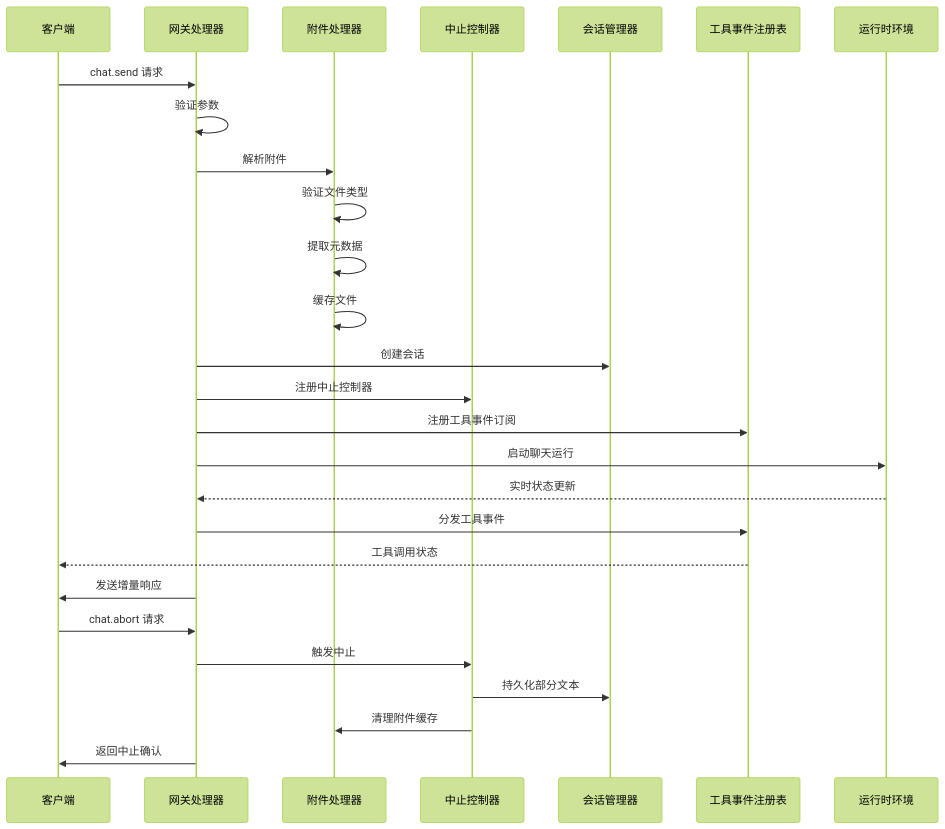
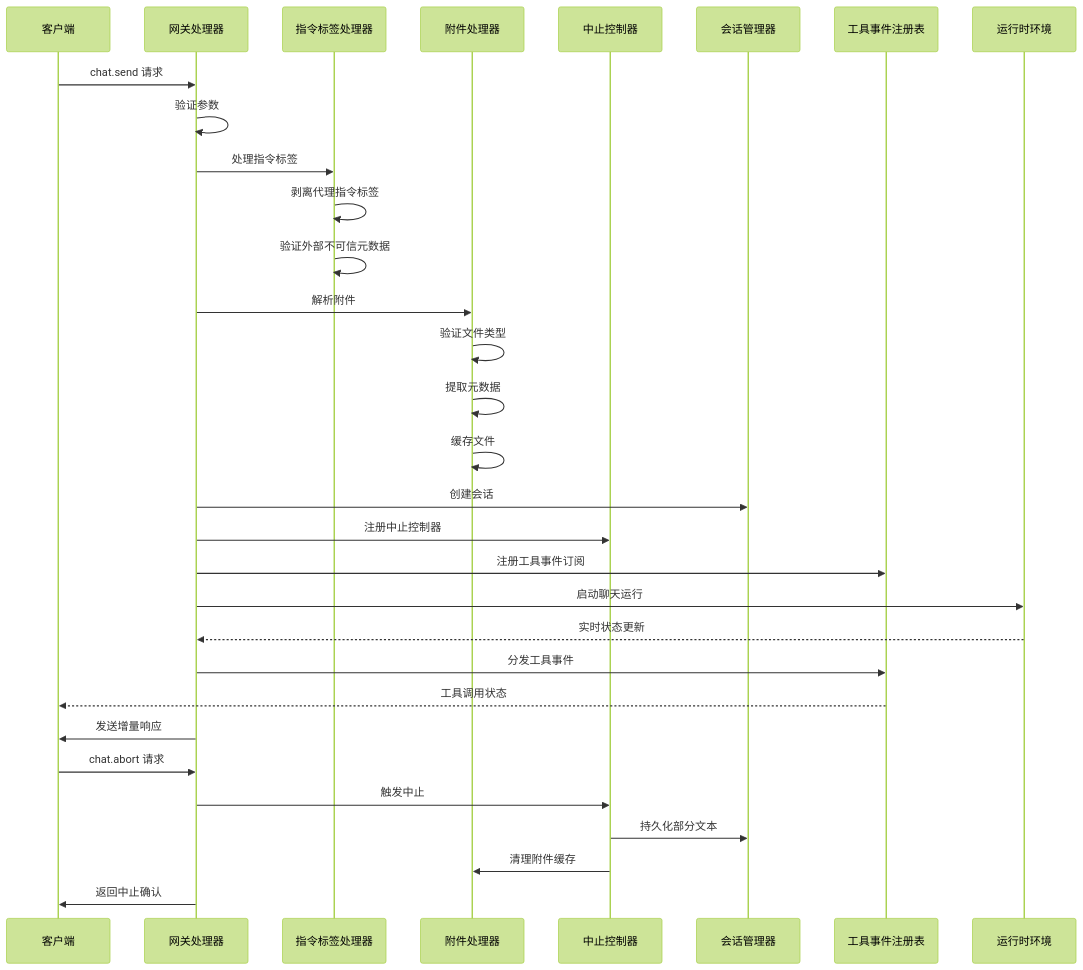
Before and after one commit to verse-ai-org/openclaw: the second of 27 diagrams in .qoder/repowiki/zh/content/Web界面/WebChat界面/聊天运行时提供者增强.md, drawn with Mermaid (forest theme). The commit also changed other lines of this file and 18 other files, not shown here.

````diff
--- a/.qoder/repowiki/zh/content/Web界面/WebChat界面/聊天运行时提供者增强.md
+++ b/.qoder/repowiki/zh/content/Web界面/WebChat界面/聊天运行时提供者增强.md
@@ -182,29 +212,33 @@
 ```mermaid
 sequenceDiagram
 participant Client as 客户端
 participant Gateway as 网关处理器
+participant DirectiveTags as 指令标签处理器
 participant Attachments as 附件处理器
 participant AbortCtrl as 中止控制器
 participant SessionMgr as 会话管理器
 participant ToolRegistry as 工具事件注册表
 participant Runtime as 运行时环境
 Client->>Gateway : chat.send 请求
 Gateway->>Gateway : 验证参数
+Gateway->>DirectiveTags : 处理指令标签
+DirectiveTags->>DirectiveTags : 剥离代理指令标签
+DirectiveTags->>DirectiveTags : 验证外部不可信元数据
 Gateway->>Attachments : 解析附件
 Attachments->>Attachments : 验证文件类型
 Attachments->>Attachments : 提取元数据
 Attachments->>Attachments : 缓存文件
 Gateway->>SessionMgr : 创建会话
 Gateway->>AbortCtrl : 注册中止控制器
 Gateway->>ToolRegistry : 注册工具事件订阅
 Gateway->>Runtime : 启动聊天运行
 Runtime-->>Gateway : 实时状态更新
 Gateway->>ToolRegistry : 分发工具事件
 ToolRegistry-->>Client : 工具调用状态
 Gateway->>Client : 发送增量响应
 Client->>Gateway : chat.abort 请求
 Gateway->>AbortCtrl : 触发中止
 AbortCtrl->>SessionMgr : 持久化部分文本
 AbortCtrl->>Attachments : 清理附件缓存
 Gateway->>Client : 返回中止确认
 ```
````
